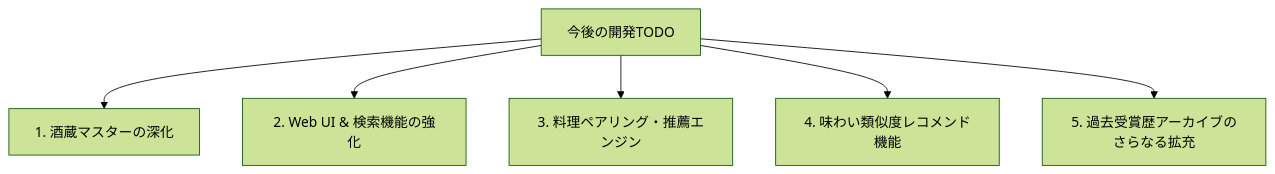
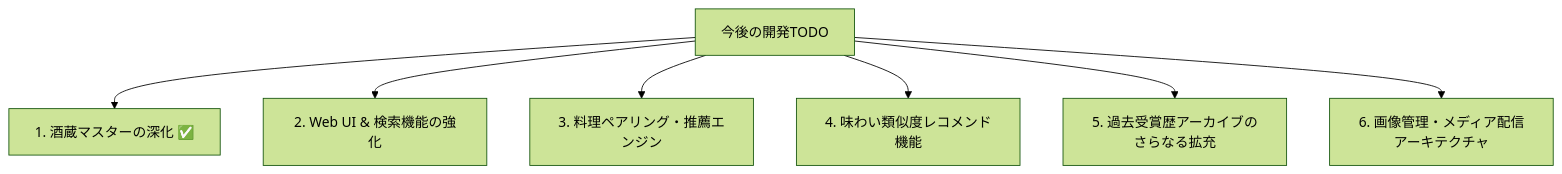
One commit to sakehills/sake-apps changed the diagram in TODO.md. Above: the diagram before and after it, drawn with Mermaid (forest theme). The commit also changed other lines of this file, not shown here.

Commit message:
docs: 画像管理・メディア配信アーキテクチャのTODOを追加

````diff
--- a/TODO.md
+++ b/TODO.md
@@ -5,8 +5,9 @@
 ```mermaid
 graph TD
-    A[今後の開発TODO] --> B[1. 酒蔵マスターの深化]
+    A[今後の開発TODO] --> B[1. 酒蔵マスターの深化 ✅]
     A --> C[2. Web UI & 検索機能の強化]
     A --> D[3. 料理ペアリング・推薦エンジン]
     A --> E[4. 味わい類似度レコメンド機能]
     A --> F[5. 過去受賞歴アーカイブのさらなる拡充]
+    A --> G[6. 画像管理・メディア配信アーキテクチャ]
 ```
````
